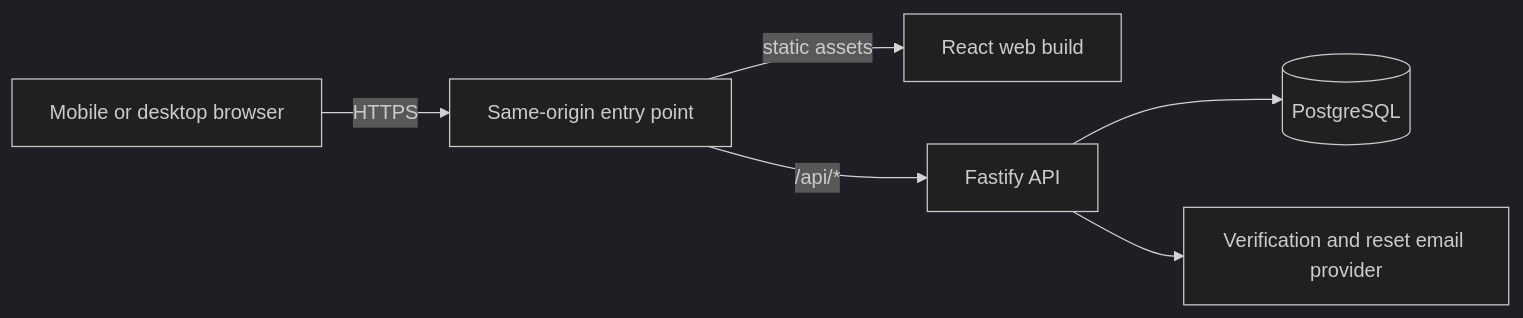
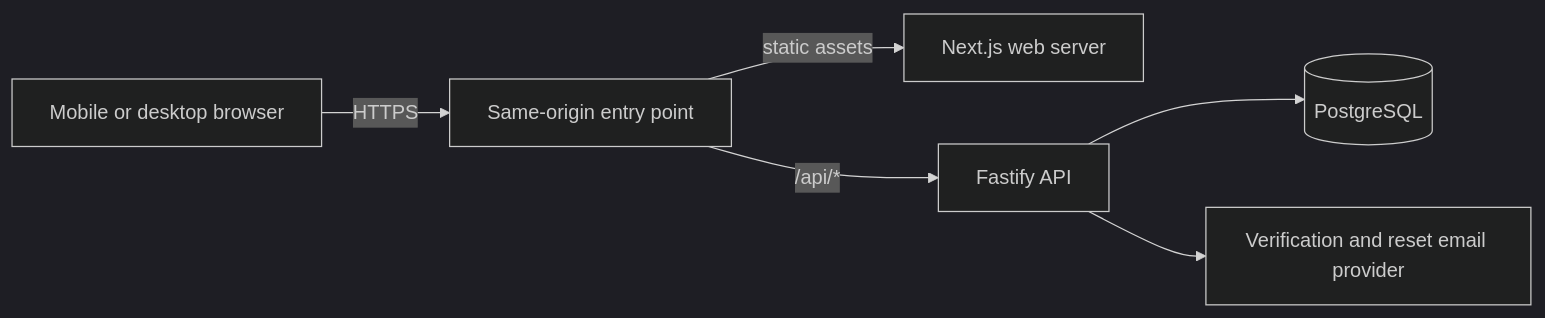
Before and after one commit to adryeeel/kivo: the diagram in docs/architecture.md, drawn with Mermaid (dark theme). The commit also changed other lines of this file and 48 other files, not shown here.

````diff
--- a/docs/architecture.md
+++ b/docs/architecture.md
@@ -71,8 +79,8 @@
 ```mermaid
 flowchart LR
     W[Mobile or desktop browser] -->|HTTPS| E[Same-origin entry point]
-    E -->|static assets| WEB[React web build]
+    E -->|static assets| WEB[Next.js web server]
     E -->|/api/*| API[Fastify API]
     API --> DB[(PostgreSQL)]
     API --> MAIL[Verification and reset email provider]
 ```
````
